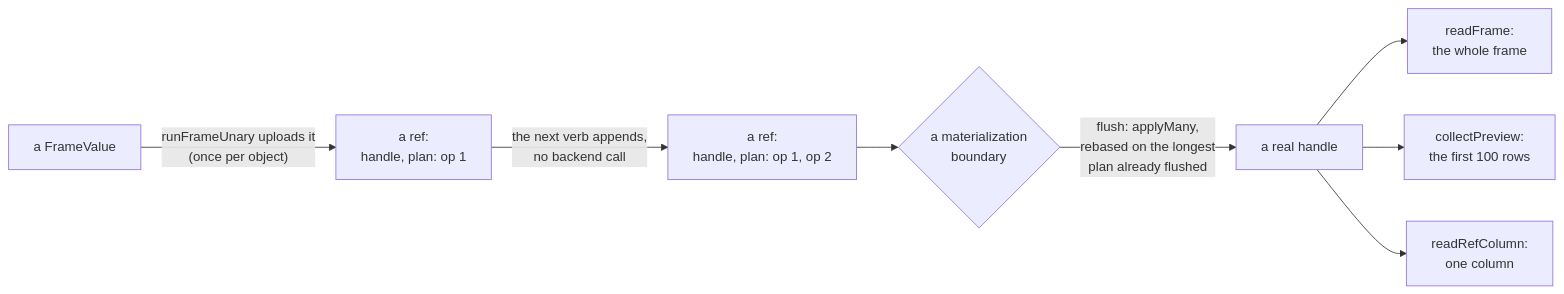
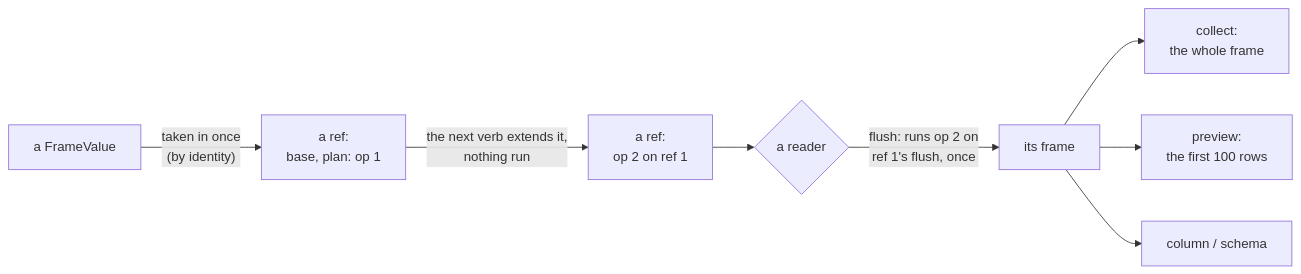
The third of 4 diagrams in tree/specs/computation/frame-verbs.md (bubba8587/solenoid), drawn with Mermaid before and after one commit. The commit also changed other lines of this file and 95 other files, not shown here.

````diff
--- a/tree/specs/computation/frame-verbs.md
+++ b/tree/specs/computation/frame-verbs.md
@@ -193,10 +193,10 @@
 ```mermaid
 flowchart LR
-    src["a FrameValue"] -->|"runFrameUnary uploads it<br>(once per object)"| r1["a ref:<br>handle, plan: op 1"]
-    r1 -->|"the next verb appends,<br>no backend call"| r2["a ref:<br>handle, plan: op 1, op 2"]
-    r2 --> mb{"a materialization<br>boundary"}
-    mb -->|"flush: applyMany,<br>rebased on the longest<br>plan already flushed"| h["a real handle"]
-    h --> full["readFrame:<br>the whole frame"]
-    h --> prev["collectPreview:<br>the first 100 rows"]
-    h --> one["readRefColumn:<br>one column"]
+    src["a FrameValue"] -->|"taken in once<br>(by identity)"| r1["a ref:<br>base, plan: op 1"]
+    r1 -->|"the next verb extends it,<br>nothing run"| r2["a ref:<br>op 2 on ref 1"]
+    r2 --> mb{"a reader"}
+    mb -->|"flush: runs op 2 on<br>ref 1's flush, once"| f["its frame"]
+    f --> full["collect:<br>the whole frame"]
+    f --> prev["preview:<br>the first 100 rows"]
+    f --> one["column / schema"]
 ```
````
